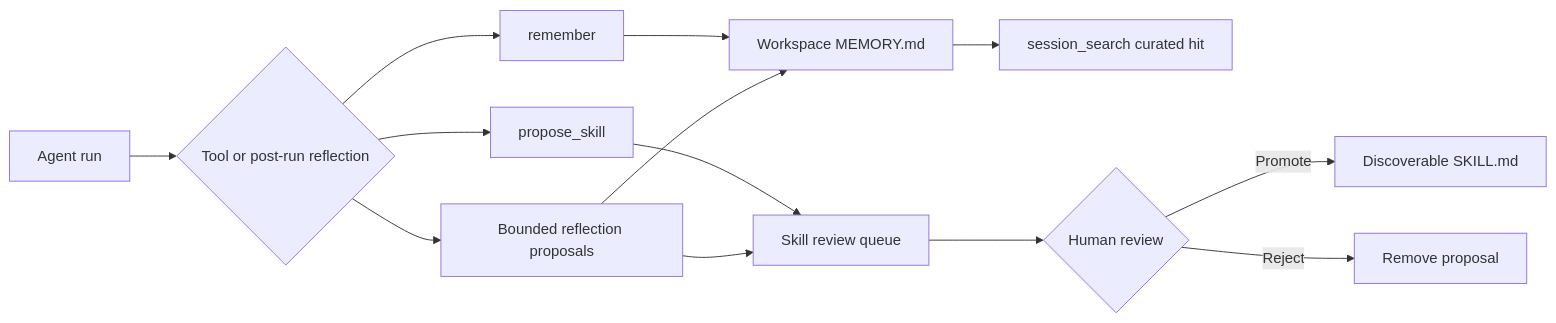
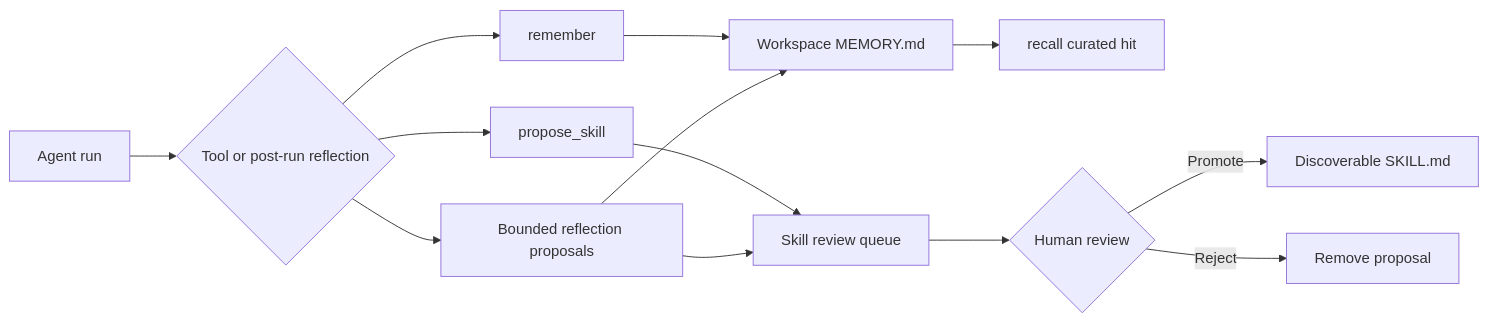
The diagram in docs/design/26-learning.md (nranjan2code/code), drawn with Mermaid before and after one commit. The commit also changed other lines of this file and 65 other files, not shown here.

````diff
--- a/docs/design/26-learning.md
+++ b/docs/design/26-learning.md
@@ -6,15 +6,15 @@
 ```mermaid
 flowchart LR
     A[Agent run] --> B{Tool or post-run reflection}
     B --> C[remember]
     B --> D[propose_skill]
     B --> E[Bounded reflection proposals]
     C --> F[Workspace MEMORY.md]
     E --> F
     D --> G[Skill review queue]
     E --> G
-    F --> H[session_search curated hit]
+    F --> H[recall curated hit]
     G --> I{Human review}
     I -- Promote --> J[Discoverable SKILL.md]
     I -- Reject --> K[Remove proposal]
 ```
````
